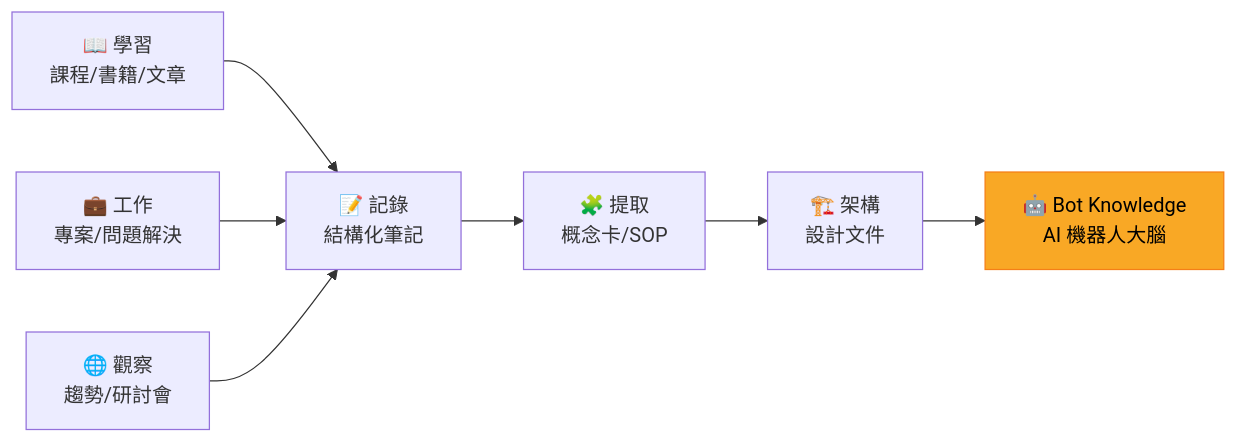
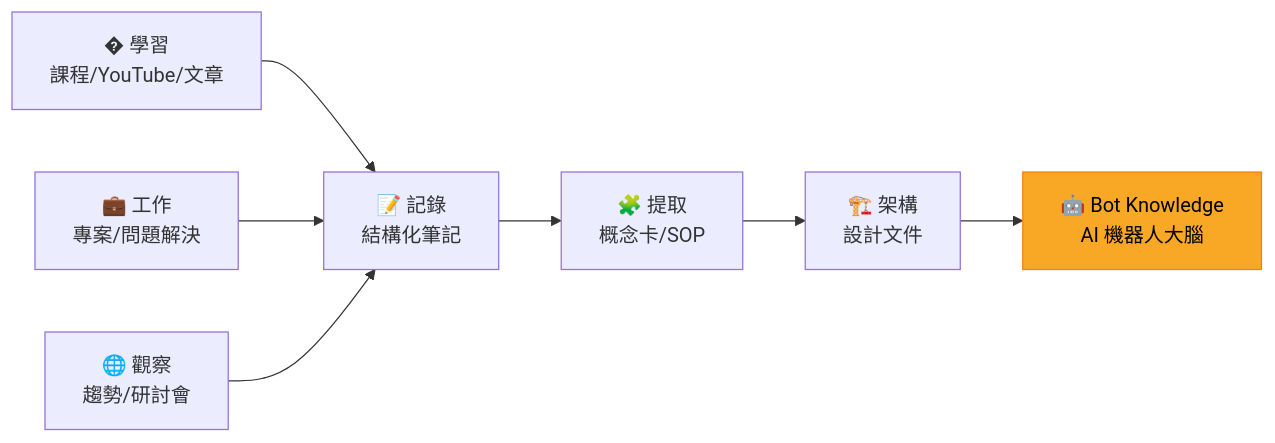
One commit to william0214/AI-Knowledge-Base changed the first of 2 diagrams in README.md. Above: the diagram before and after it, drawn with Mermaid. The commit also changed other lines of this file and 8 other files, not shown here.

Commit message:
feat: 新增 YouTube 學習資料夾，調整學習來源以 YouTube 為主

````diff
--- a/README.md
+++ b/README.md
@@ -12,10 +12,10 @@
-```mermaid
+:::mermaid
 graph LR
-    A[📖 學習<br>課程/書籍/文章] --> B[📝 記錄<br>結構化筆記]
+    A[� 學習<br>課程/YouTube/文章] --> B[📝 記錄<br>結構化筆記]
     C[💼 工作<br>專案/問題解決] --> B
     D[🌐 觀察<br>趨勢/研討會] --> B
     B --> E[🧩 提取<br>概念卡/SOP]
     E --> F[🏗️ 架構<br>設計文件]
     F --> G[🤖 Bot Knowledge<br>AI 機器人大腦]
     style G fill:#f9a825,stroke:#f57f17,color:#000
-```
+:::
````
